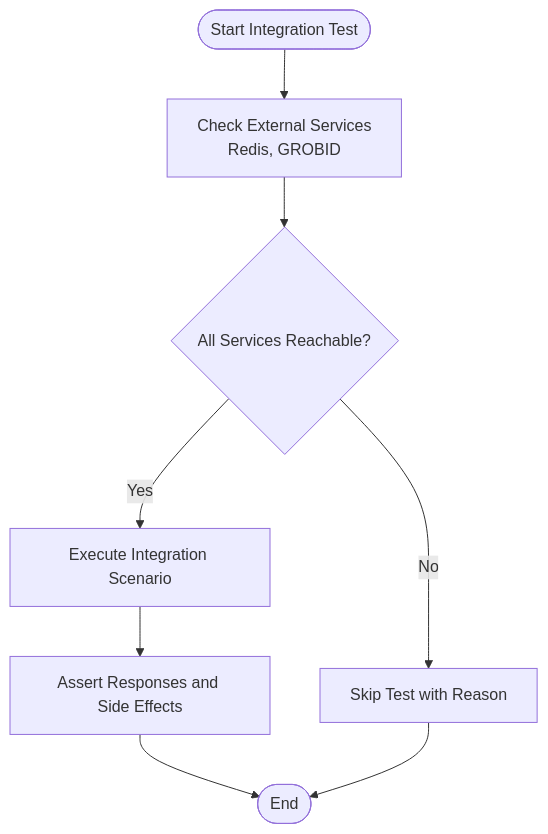
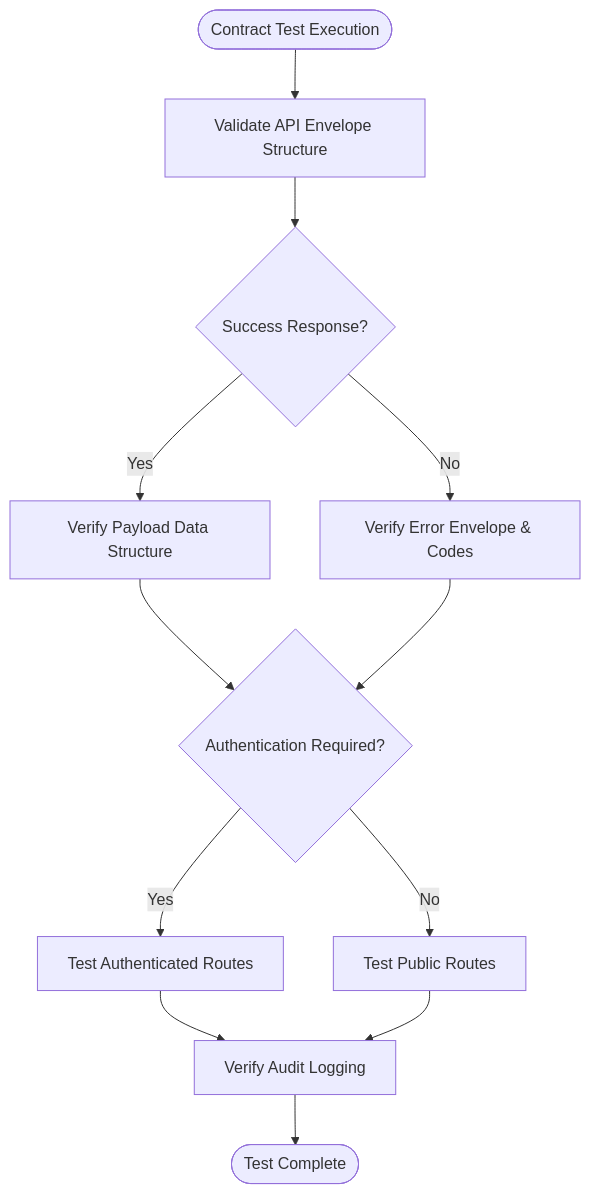
One commit to rohitkumarnaidu/-Auto-AI-Automated-Academic-Docx-Manuscript-Formatter changed the fourth of 13 diagrams in .qoder/repowiki/en/content/Testing Strategy/Testing Strategy.md. Above: the diagram before and after it, drawn with Mermaid. The commit also changed other lines of this file and 6 other files, not shown here.

````diff
--- a/.qoder/repowiki/en/content/Testing Strategy/Testing Strategy.md
+++ b/.qoder/repowiki/en/content/Testing Strategy/Testing Strategy.md
@@ -218,10 +266,14 @@
 ```mermaid
 flowchart TD
-Start(["Start Integration Test"]) --> CheckServices["Check External Services<br/>Redis, GROBID"]
-CheckServices --> Available{"All Services Reachable?"}
-Available --> |No| Skip["Skip Test with Reason"]
-Available --> |Yes| Execute["Execute Integration Scenario"]
-Execute --> Asserts["Assert Responses and Side Effects"]
-Asserts --> End(["End"])
-Skip --> End
+Start(["Contract Test Execution"]) --> ValidateEnvelope["Validate API Envelope Structure"]
+ValidateEnvelope --> CheckSuccess{"Success Response?"}
+CheckSuccess --> |Yes| VerifyPayload["Verify Payload Data Structure"]
+CheckSuccess --> |No| VerifyError["Verify Error Envelope & Codes"]
+VerifyPayload --> CheckAuth{"Authentication Required?"}
+VerifyError --> CheckAuth
+CheckAuth --> |Yes| TestAuth["Test Authenticated Routes"]
+CheckAuth --> |No| TestPublic["Test Public Routes"]
+TestAuth --> VerifyAudit["Verify Audit Logging"]
+TestPublic --> VerifyAudit
+VerifyAudit --> Complete(["Test Complete"])
 ```
````
